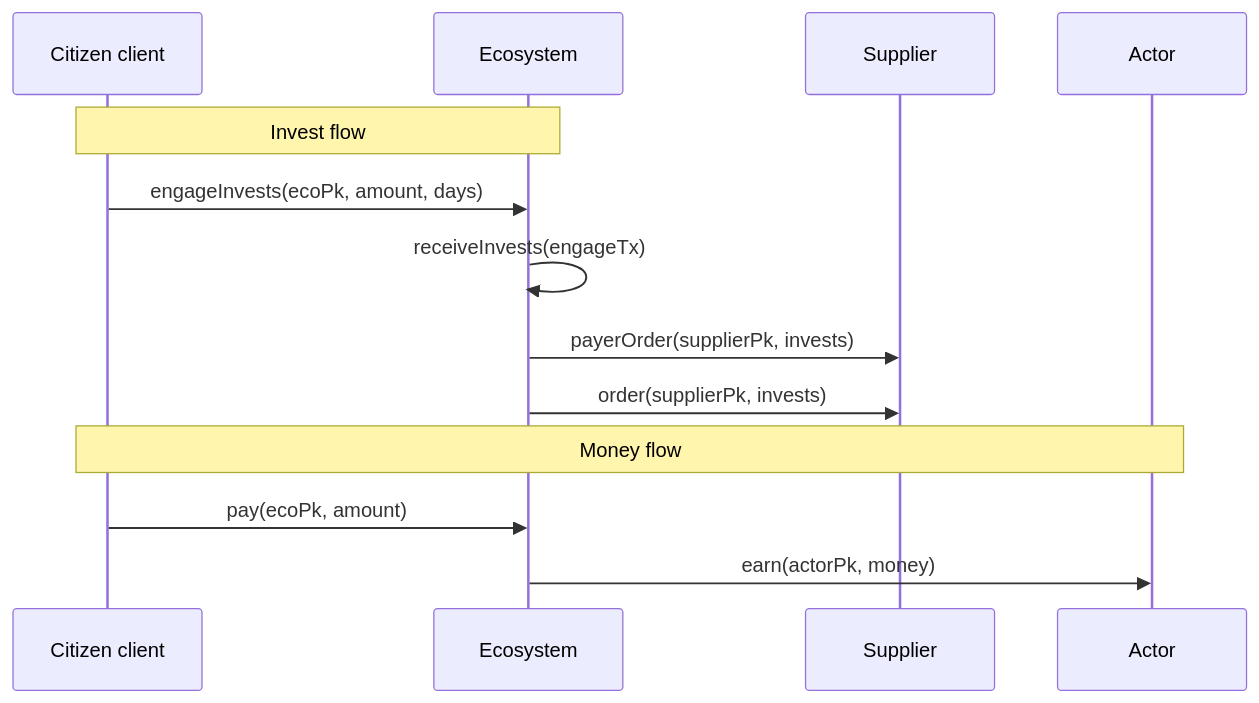
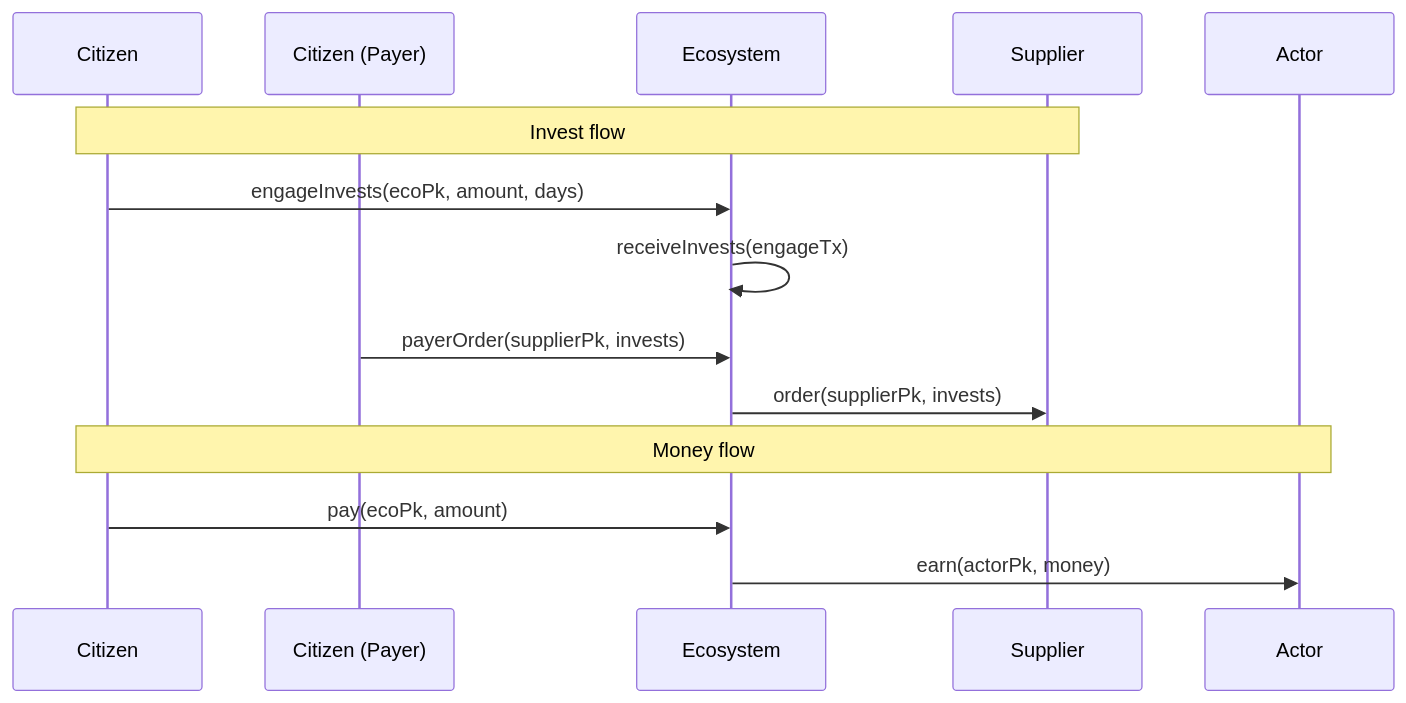
Before and after one commit to OrganicEconomy/organic-money.js: the third of 4 diagrams in README.md, drawn with Mermaid.

Commit message:
Minor fix on READMEé

````diff
--- a/README.md
+++ b/README.md
@@ -158,17 +158,18 @@
 ```mermaid
 sequenceDiagram
-    participant C as Citizen client
+    participant C as Citizen
+    participant P as Citizen (Payer)
     participant Eco as Ecosystem
     participant Su as Supplier
     participant Ac as Actor
 
-    Note over C,Eco: Invest flow
+    Note over C,Su: Invest flow
     C->>Eco: engageInvests(ecoPk, amount, days)
     Eco->>Eco: receiveInvests(engageTx)
-    Eco->>Su: payerOrder(supplierPk, invests)
+    P->>Eco: payerOrder(supplierPk, invests)
     Eco->>Su: order(supplierPk, invests)
 
     Note over C,Ac: Money flow
     C->>Eco: pay(ecoPk, amount)
     Eco->>Ac: earn(actorPk, money)
 ```
````
